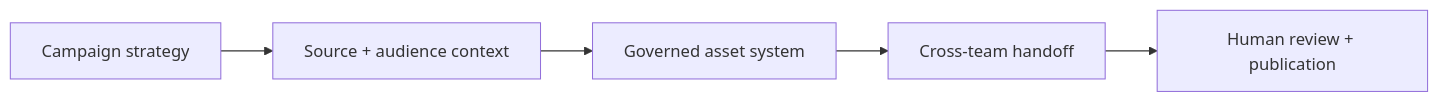
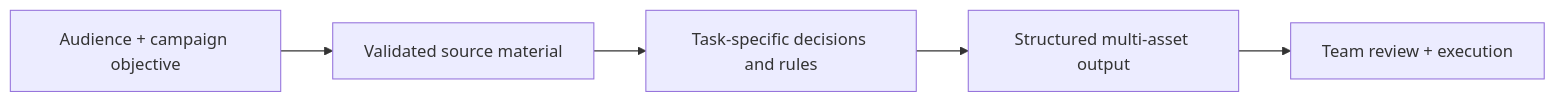
The diagram in marketing/README.md (jtwood7/ai-growth-automation-portfolio), drawn with Mermaid before and after one commit. The commit also changed other lines of this file, not shown here.

````diff
--- a/marketing/README.md
+++ b/marketing/README.md
@@ -28,7 +26,7 @@
 ```mermaid
 flowchart LR
- A["Campaign strategy"] --> B["Source + audience context"]
- B --> C["Governed asset system"]
- C --> D["Cross-team handoff"]
- D --> E["Human review + publication"]
+  A["Audience + campaign objective"] --> B["Validated source material"]
+  B --> C["Task-specific decisions and rules"]
+  C --> D["Structured multi-asset output"]
+  D --> E["Team review + execution"]
 ```
````
